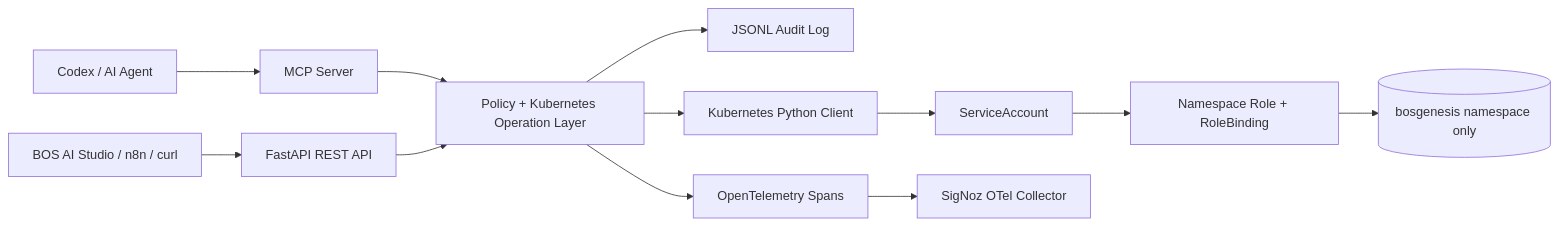
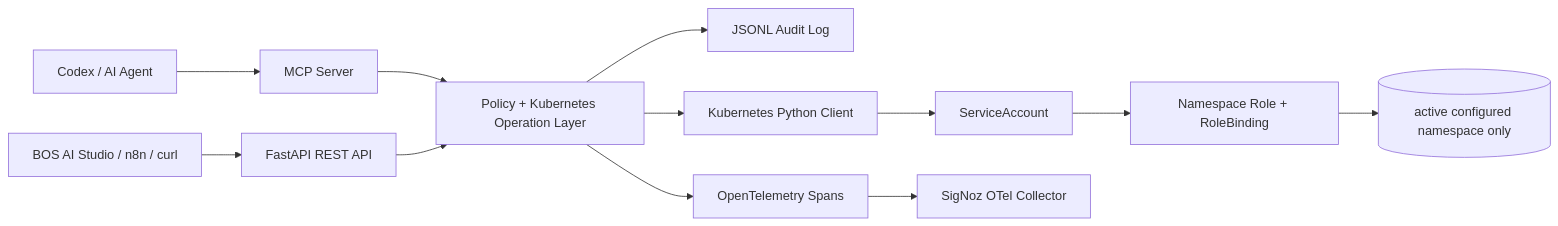
One commit to aveeshek/bosgenesis-k8s-inspector-mcp changed the diagram in README.md. Above: the diagram before and after it, drawn with Mermaid. The commit also changed other lines of this file and 11 other files, not shown here.

````diff
--- a/README.md
+++ b/README.md
@@ -118,18 +122,18 @@
 ```mermaid
 flowchart LR
     Codex[Codex / AI Agent] --> MCP[MCP Server]
     Client[BOS AI Studio / n8n / curl] --> REST[FastAPI REST API]
 
     MCP --> CORE[Policy + Kubernetes Operation Layer]
     REST --> CORE
 
     CORE --> AUDIT[JSONL Audit Log]
     CORE --> OTEL[OpenTelemetry Spans]
     CORE --> K8S[Kubernetes Python Client]
 
     K8S --> SA[ServiceAccount]
     SA --> RBAC[Namespace Role + RoleBinding]
-    RBAC --> NS[(bosgenesis namespace only)]
+    RBAC --> NS[(active configured namespace only)]
 
     OTEL --> SIGNOZ[SigNoz OTel Collector]
 ```
````
